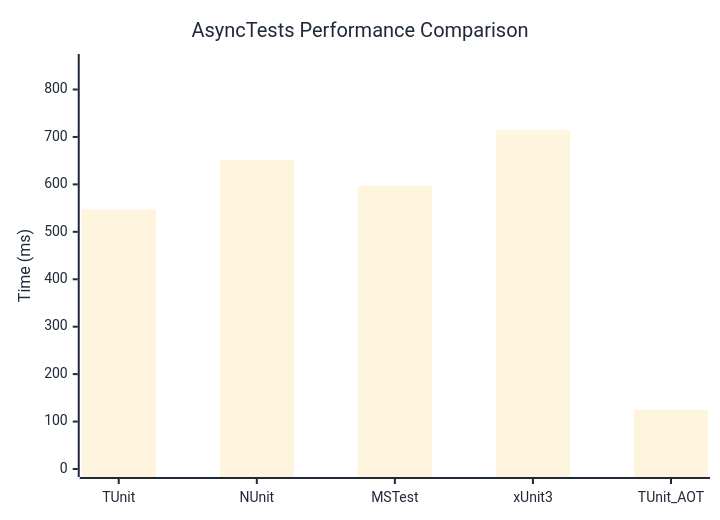
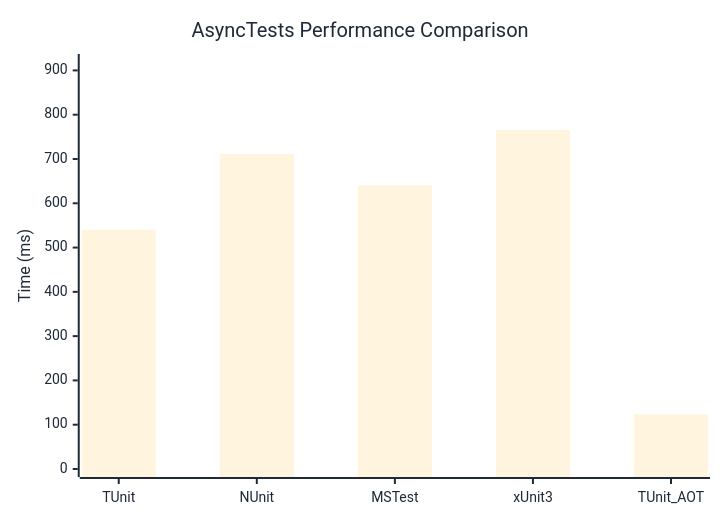
Before and after one commit to thomhurst/TUnit: the diagram in docs/docs/benchmarks/AsyncTests.md, drawn with Mermaid. The commit also changed other lines of this file and 17 other files, not shown here.

````diff
--- a/docs/docs/benchmarks/AsyncTests.md
+++ b/docs/docs/benchmarks/AsyncTests.md
@@ -27,37 +27,37 @@
 ```mermaid
 %%{init: {
   'theme':'base',
   'themeVariables': {
     'primaryColor': '#2563eb',
     'primaryTextColor': '#1f2937',
     'primaryBorderColor': '#1e40af',
     'lineColor': '#6b7280',
     'secondaryColor': '#7c3aed',
     'tertiaryColor': '#dc2626',
     'background': '#ffffff',
     'mainBkg': '#2563eb',
     'secondBkg': '#7c3aed',
     'tertiaryBkg': '#dc2626',
     'clusterBkg': '#f3f4f6',
     'edgeLabelBackground': '#ffffff',
     'tertiaryTextColor': '#1f2937',
     'pie1': '#2563eb',
     'pie2': '#7c3aed',
     'pie3': '#dc2626',
     'pie4': '#f59e0b',
     'pie5': '#10b981',
     'pie6': '#06b6d4',
     'pie7': '#ec4899',
     'pie8': '#6366f1',
     'pie9': '#84cc16',
     'pie10': '#f97316',
     'pie11': '#14b8a6',
     'pie12': '#a855f7'
   }
 }}%%
 xychart-beta
   title "AsyncTests Performance Comparison"
   x-axis ["TUnit", "NUnit", "MSTest", "xUnit3", "TUnit_AOT"]
-  y-axis "Time (ms)" 0 --> 858
-  bar [546.9, 651.9, 596.3, 714.2, 124.4]
+  y-axis "Time (ms)" 0 --> 919
+  bar [540.2, 711.1, 640.3, 765.4, 123.6]
 ```
````
